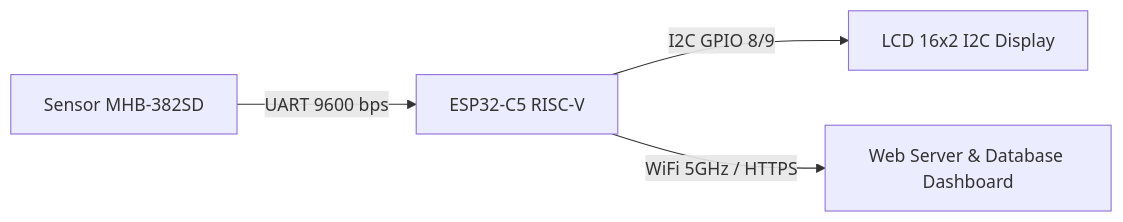
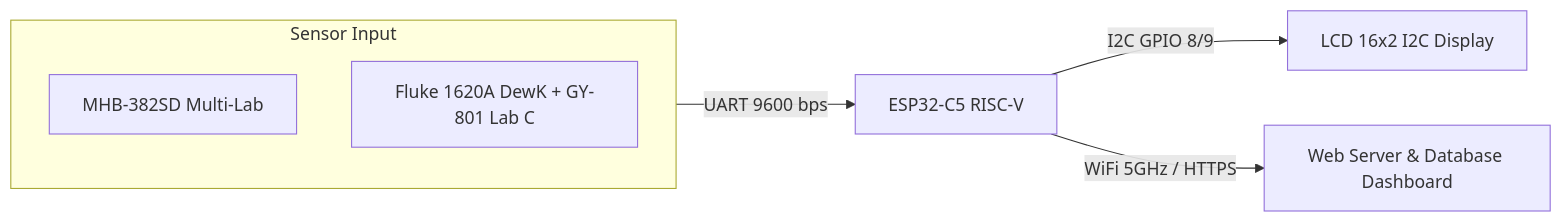
Before and after one commit to Ye-Shaiyoe/MONITORING_ESP32C5_REALTIME: the diagram in README.md, drawn with Mermaid. The commit also changed other lines of this file, not shown here.

Commit message:
Penjelasan Project Lebih detail antar MHB Lutron dan FLUKE THERMOHYGRO

````diff
--- a/README.md
+++ b/README.md
@@ -38,6 +42,10 @@
 ```mermaid
 flowchart LR
-    Sensor[Sensor MHB-382SD] -->|UART 9600 bps| ESP32[ESP32-C5 RISC-V]
+    subgraph Sensors [Sensor Input]
+        S1[MHB-382SD Multi-Lab]
+        S2[Fluke 1620A DewK + GY-801 Lab C]
+    end
+    Sensors -->|UART 9600 bps| ESP32[ESP32-C5 RISC-V]
     ESP32 -->|I2C GPIO 8/9| LCD[LCD 16x2 I2C Display]
     ESP32 -->|WiFi 5GHz / HTTPS| Server[Web Server & Database Dashboard]
 ```
````
